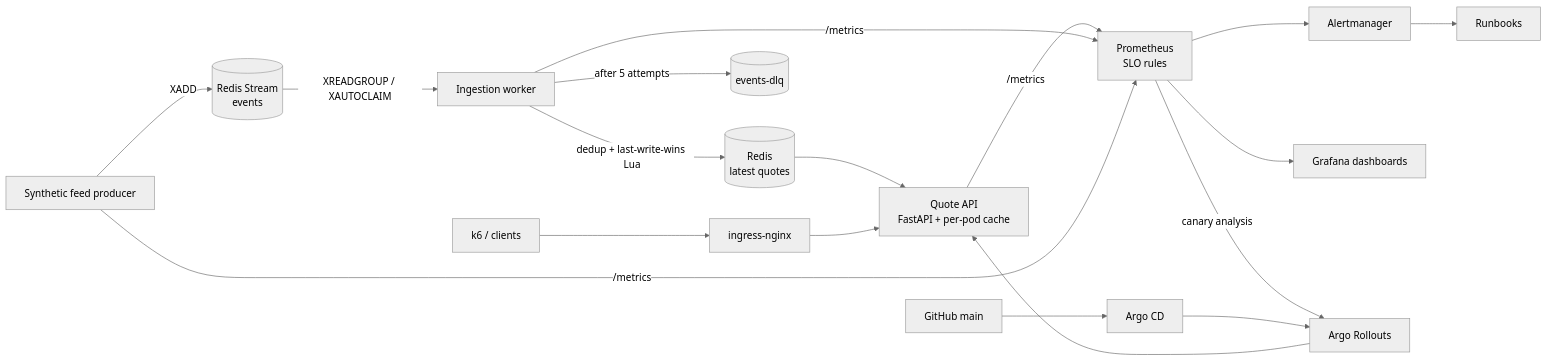
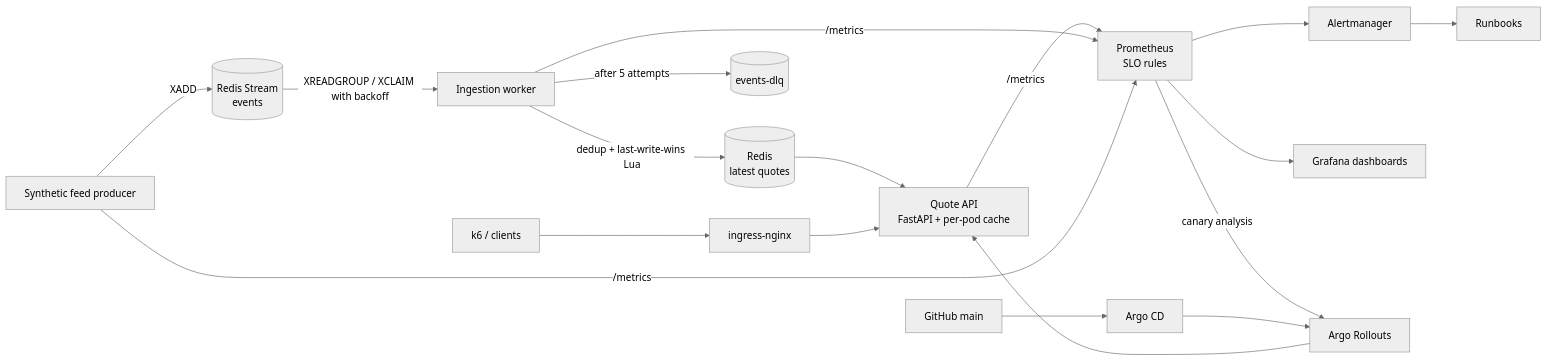
One commit to shreyas0917/marketpulse changed the diagram in README.md. Above: the diagram before and after it, drawn with Mermaid (neutral theme). The commit also changed 6 other files, not shown here.

First line of the commit message:
feat(queue): exponential retry backoff on Redis Streams via XPENDING IDLE + XCLAIM

````diff
--- a/README.md
+++ b/README.md
@@ -28,14 +28,14 @@
 ```mermaid
 flowchart LR
     Producer[Synthetic feed producer] -->|XADD| Queue[(Redis Stream<br/>events)]
-    Queue -->|XREADGROUP / XAUTOCLAIM| Worker[Ingestion worker]
+    Queue -->|XREADGROUP / XCLAIM with backoff| Worker[Ingestion worker]
     Worker -->|dedup + last-write-wins Lua| Store[(Redis<br/>latest quotes)]
     Worker -->|after 5 attempts| DLQ[(events-dlq)]
     Store --> API[Quote API<br/>FastAPI + per-pod cache]
     Client[k6 / clients] --> Ingress[ingress-nginx] --> API
     API & Worker & Producer -->|/metrics| Prom[Prometheus<br/>SLO rules]
     Prom --> AM[Alertmanager] --> Runbooks[Runbooks]
     Prom --> Grafana[Grafana dashboards]
     Prom -->|canary analysis| Rollouts[Argo Rollouts]
     Git[GitHub main] --> ArgoCD[Argo CD] --> Rollouts --> API
 ```
````
